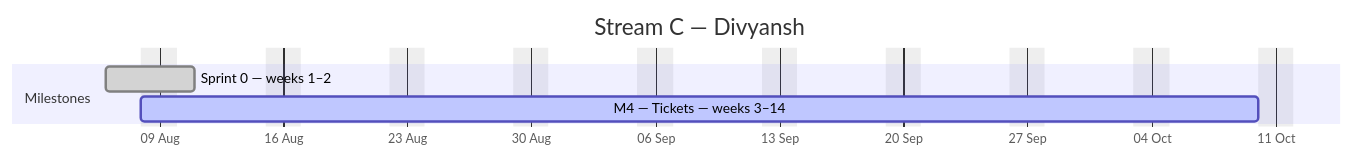
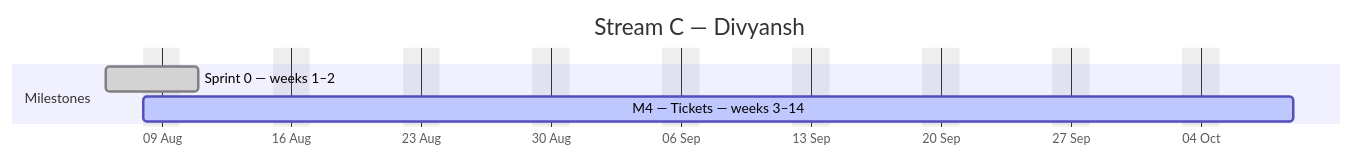
One commit to debashisedunext/EduTrack changed the third of 4 diagrams in docs/plan/GANTT.md. Above: the diagram before and after it, drawn with Mermaid. The commit also changed other lines of this file and 3 other files, not shown here.

````diff
--- a/docs/plan/GANTT.md
+++ b/docs/plan/GANTT.md
@@ -133,10 +132,10 @@
 ```mermaid
 gantt
     dateFormat YYYY-MM-DD
     axisFormat %d %b
     title Stream C — Divyansh
     excludes weekends
     section Milestones
     Sprint 0 — weeks 1–2 :done, c0, 2026-08-06, 3d
-    M4 — Tickets — weeks 3–14 :active, c1, 2026-08-08, 46d
+    M4 — Tickets — weeks 3–14 :active, c1, 2026-08-08, 45d
 ```
````
